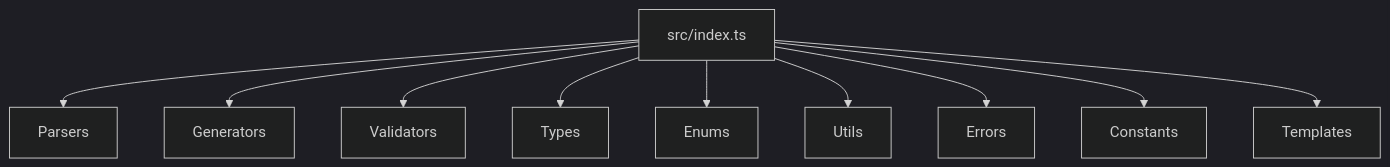
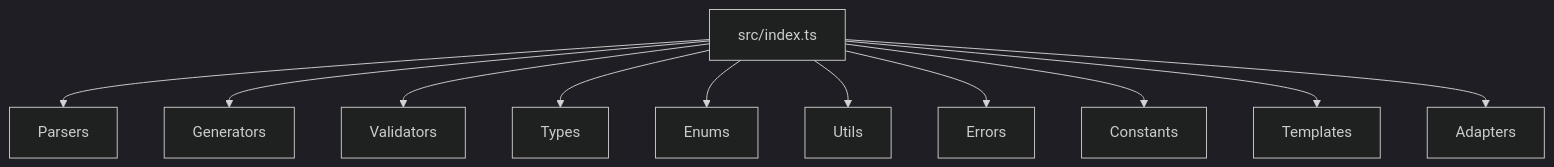
Before and after one commit to linkiez/BoletoSDK: the diagram in src/index.doc.md, drawn with Mermaid (dark theme). The commit also changed other lines of this file and 21 other files, not shown here.

````diff
--- a/src/index.doc.md
+++ b/src/index.doc.md
@@ -33,12 +35,13 @@
 ```mermaid
 flowchart TD
   A[src/index.ts] --> B[Parsers]
   A --> C[Generators]
   A --> D[Validators]
   A --> E[Types]
   A --> F[Enums]
   A --> G[Utils]
   A --> H[Errors]
   A --> I[Constants]
   A --> J[Templates]
+  A --> K[Adapters]
 ```
````
